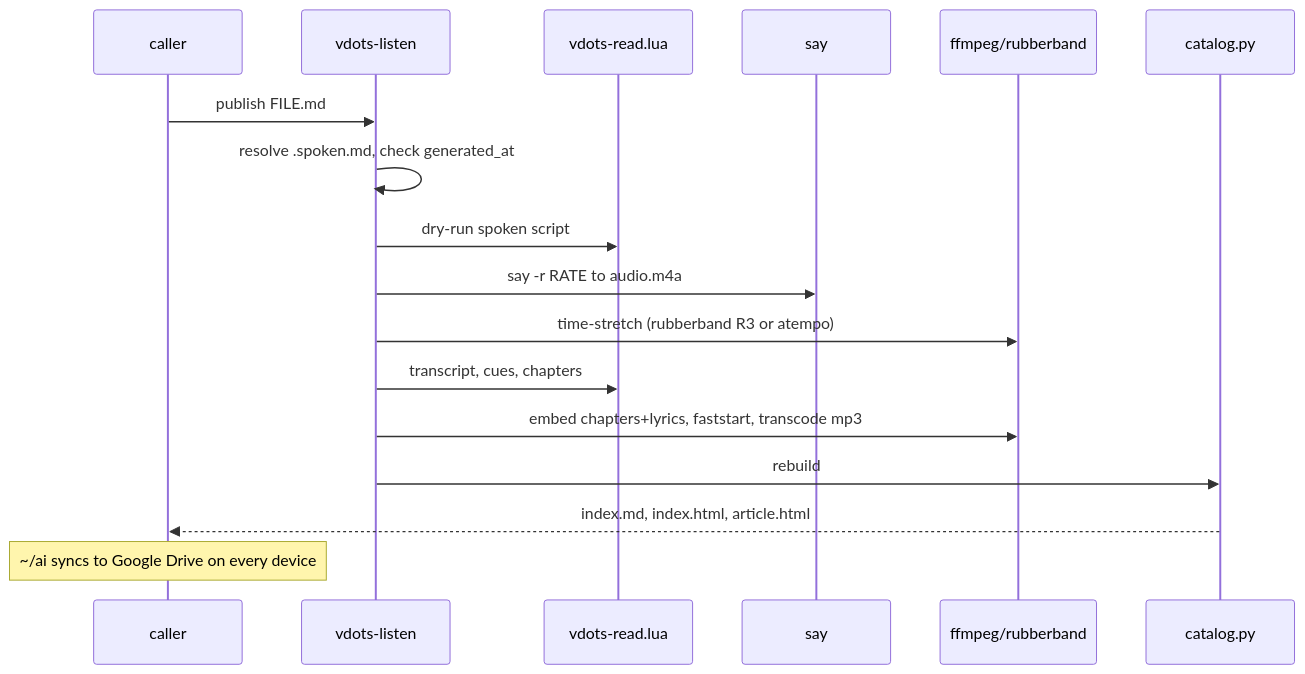
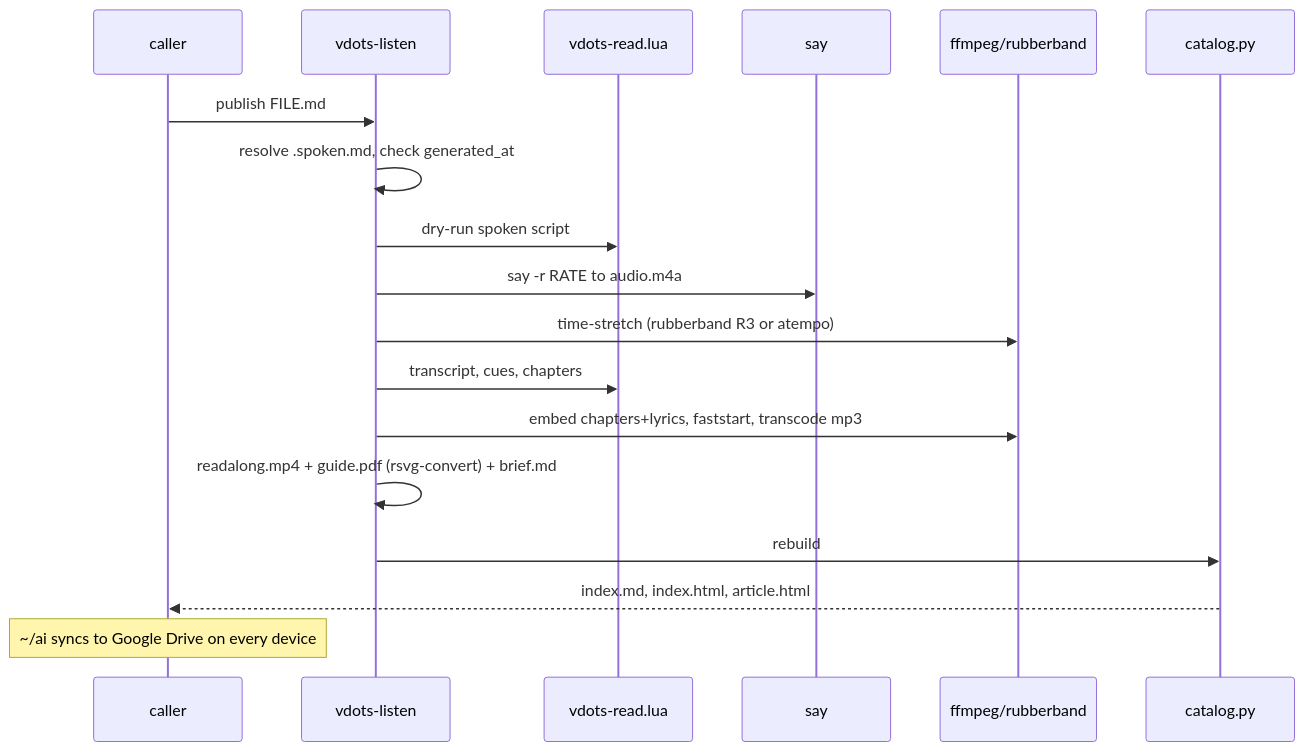
One commit to just3ws/vdots changed the third of 3 diagrams in README.md. Above: the diagram before and after it, drawn with Mermaid. The commit also changed other lines of this file and 15 other files, not shown here.

First line of the commit message:
feat(listen): guide.pdf — document.md as a paginated OCR-friendly PDF

````diff
--- a/README.md
+++ b/README.md
@@ -332,19 +332,20 @@
 ```mermaid
 sequenceDiagram
   participant U as caller
   participant L as vdots-listen
   participant R as vdots-read.lua
   participant S as say
   participant F as ffmpeg/rubberband
   participant P as catalog.py
   U->>L: publish FILE.md
   L->>L: resolve .spoken.md, check generated_at
   L->>R: dry-run spoken script
   L->>S: say -r RATE to audio.m4a
   L->>F: time-stretch (rubberband R3 or atempo)
   L->>R: transcript, cues, chapters
   L->>F: embed chapters+lyrics, faststart, transcode mp3
+  L->>L: readalong.mp4 + guide.pdf (rsvg-convert) + brief.md
   L->>P: rebuild
   P-->>U: index.md, index.html, article.html
   Note over U: ~/ai syncs to Google Drive on every device
 ```
````
